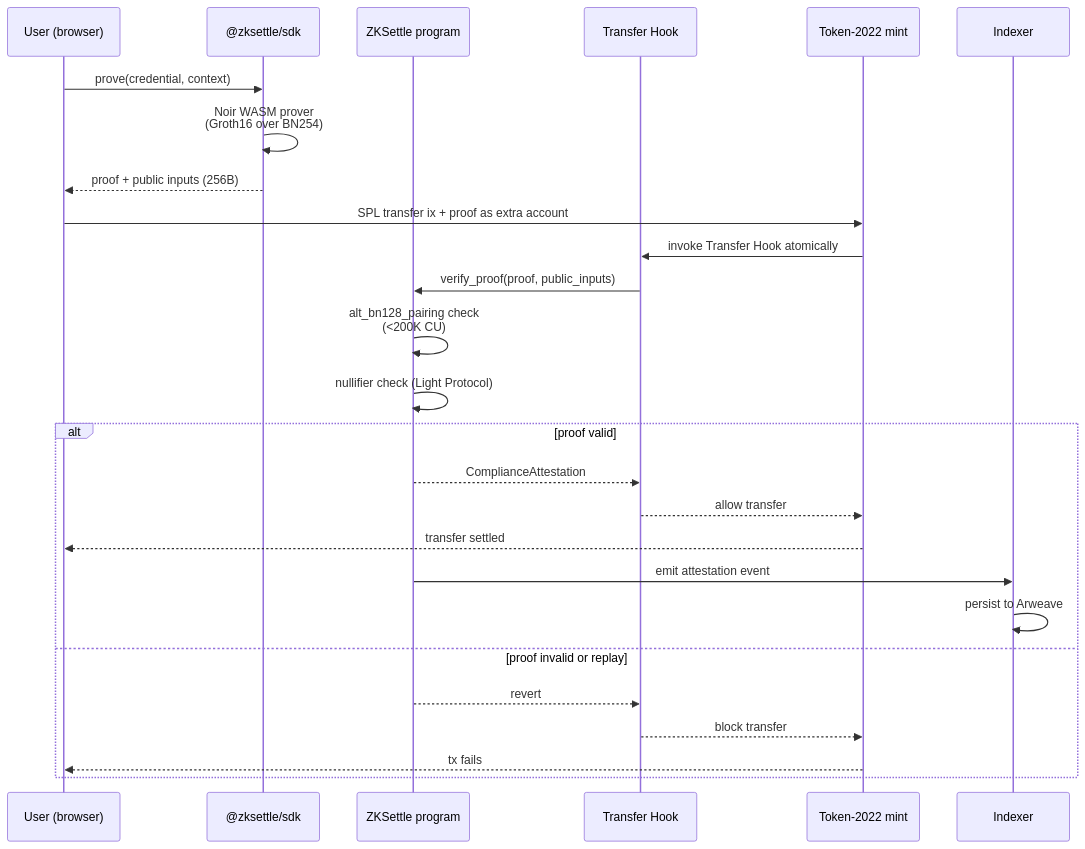
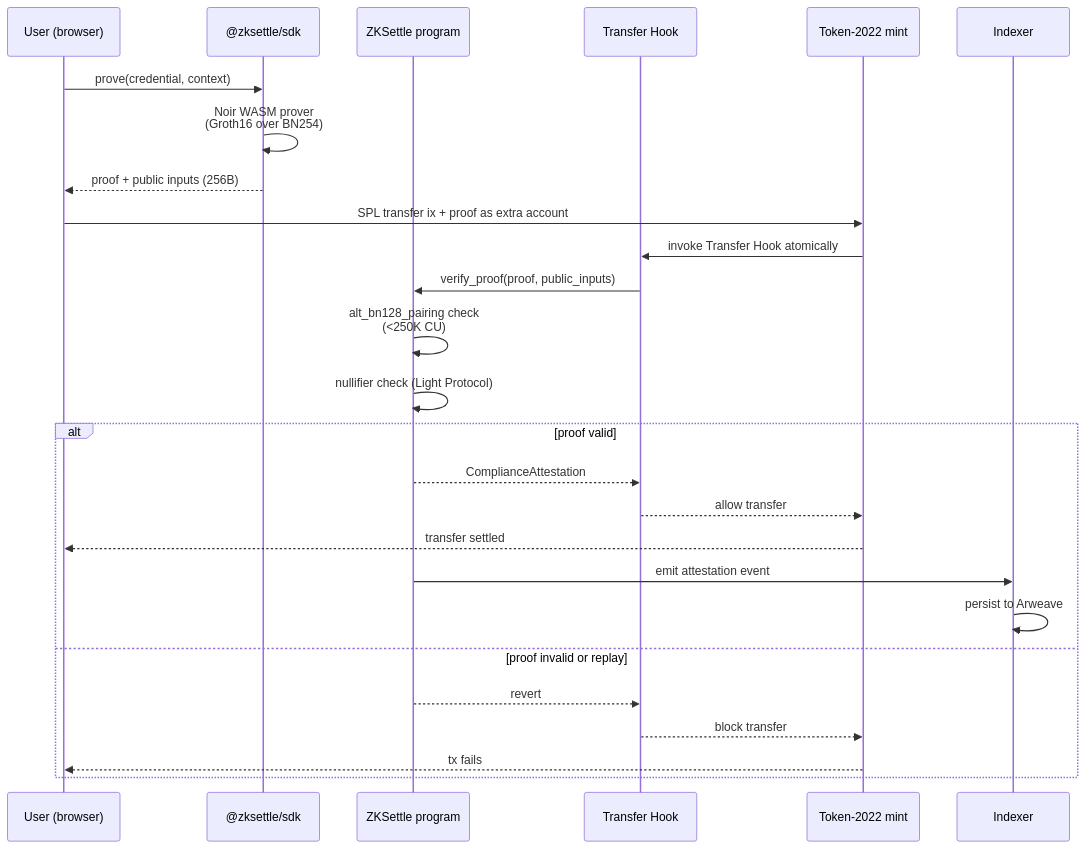
The second of 2 diagrams in README.md (yuribodo/zksettle), drawn with Mermaid before and after one commit. The commit also changed other lines of this file and 18 other files, not shown here.

````diff
--- a/README.md
+++ b/README.md
@@ -87,29 +87,29 @@
 ```mermaid
 sequenceDiagram
     participant U as User (browser)
     participant SDK as @zksettle/sdk
     participant P as ZKSettle program
     participant H as Transfer Hook
     participant T as Token-2022 mint
     participant I as Indexer
 
     U->>SDK: prove(credential, context)
     SDK->>SDK: Noir WASM prover<br/>(Groth16 over BN254)
     SDK-->>U: proof + public inputs (256B)
     U->>T: SPL transfer ix + proof as extra account
     T->>H: invoke Transfer Hook atomically
     H->>P: verify_proof(proof, public_inputs)
-    P->>P: alt_bn128_pairing check<br/>(<200K CU)
+    P->>P: alt_bn128_pairing check<br/>(<250K CU)
     P->>P: nullifier check (Light Protocol)
     alt proof valid
         P-->>H: ComplianceAttestation
         H-->>T: allow transfer
         T-->>U: transfer settled
         P->>I: emit attestation event
         I->>I: persist to Arweave
     else proof invalid or replay
         P-->>H: revert
         H-->>T: block transfer
         T-->>U: tx fails
     end
 ```
````
